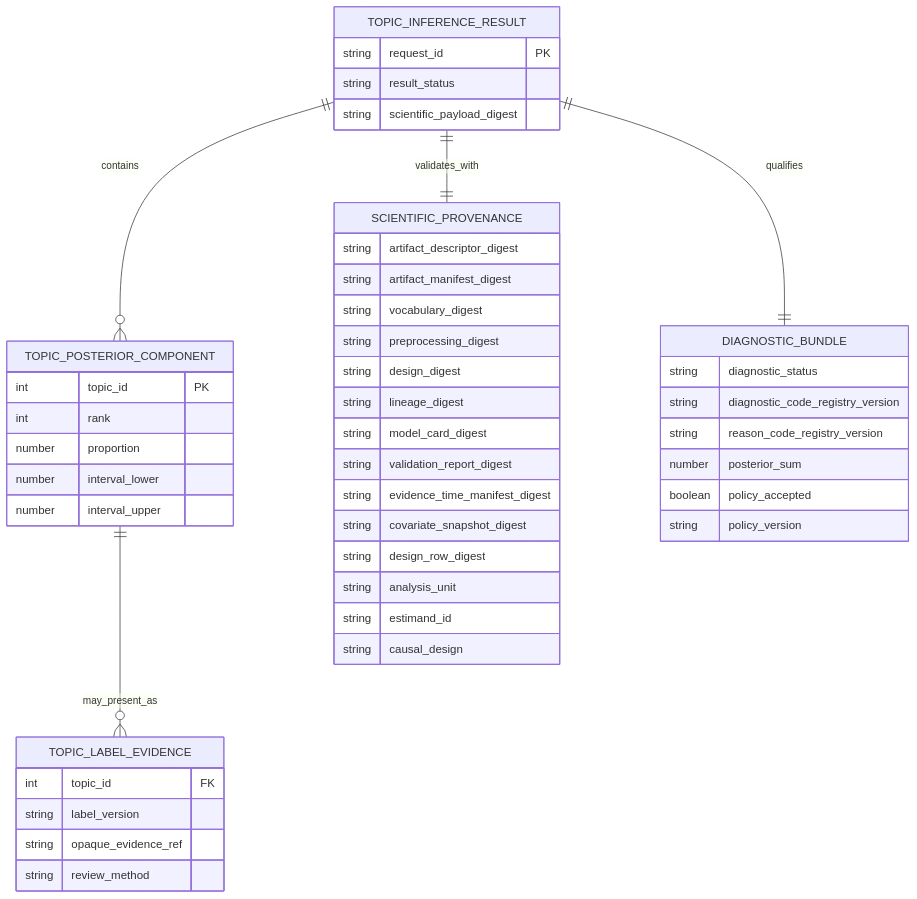
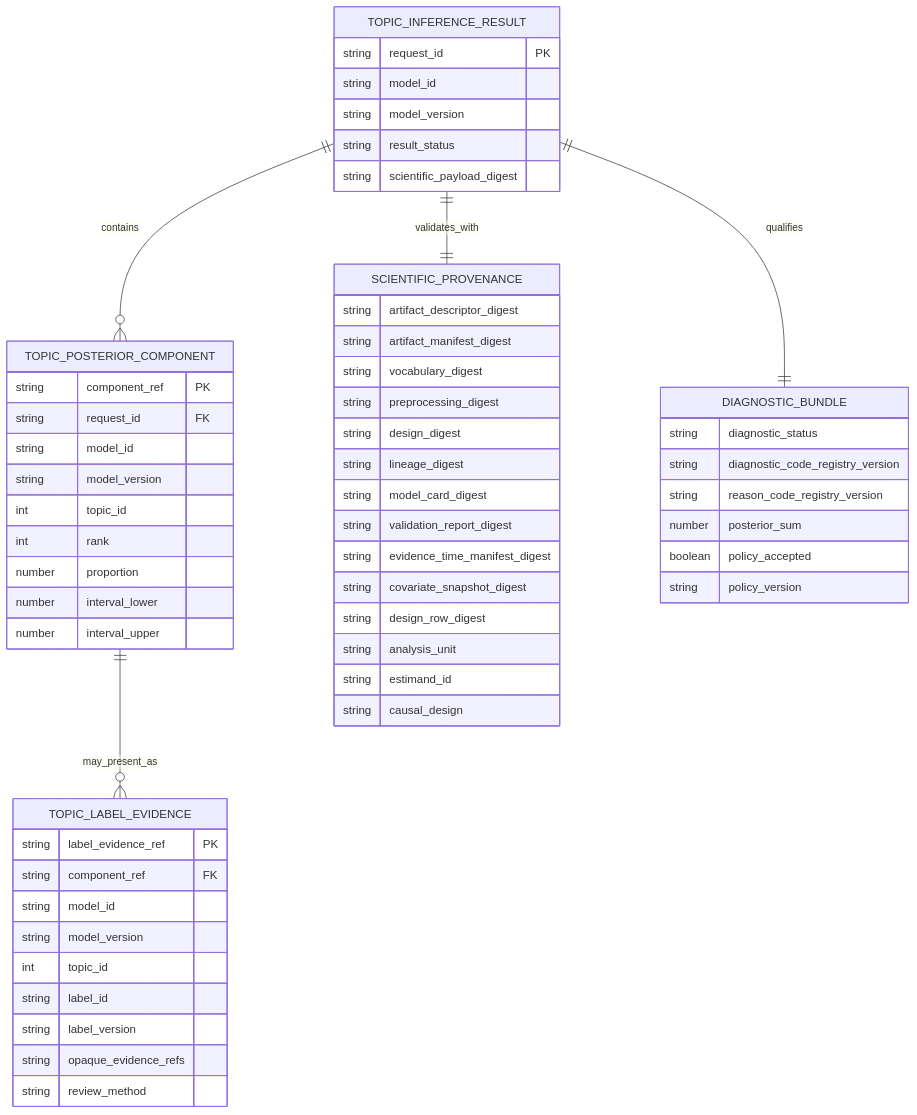
Before and after one commit to ContextualWisdomLab/naruon: the second of 3 diagrams in docs/topic-intelligence/DATA_MODEL.md, drawn with Mermaid. The commit also changed other lines of this file and 5 other files, not shown here.

Commit message:
fix(docs): tighten topic contract evidence

````diff
--- a/docs/topic-intelligence/DATA_MODEL.md
+++ b/docs/topic-intelligence/DATA_MODEL.md
@@ -80,50 +89,61 @@
 ```mermaid
 erDiagram
     TOPIC_INFERENCE_RESULT ||--o{ TOPIC_POSTERIOR_COMPONENT : contains
     TOPIC_INFERENCE_RESULT ||--|| SCIENTIFIC_PROVENANCE : validates_with
     TOPIC_INFERENCE_RESULT ||--|| DIAGNOSTIC_BUNDLE : qualifies
     TOPIC_POSTERIOR_COMPONENT ||--o{ TOPIC_LABEL_EVIDENCE : may_present_as
 
     TOPIC_INFERENCE_RESULT {
         string request_id PK
+        string model_id
+        string model_version
         string result_status
         string scientific_payload_digest
     }
     TOPIC_POSTERIOR_COMPONENT {
-        int topic_id PK
+        string component_ref PK
+        string request_id FK
+        string model_id
+        string model_version
+        int topic_id
         int rank
         number proportion
         number interval_lower
         number interval_upper
     }
     SCIENTIFIC_PROVENANCE {
         string artifact_descriptor_digest
         string artifact_manifest_digest
         string vocabulary_digest
         string preprocessing_digest
         string design_digest
         string lineage_digest
         string model_card_digest
         string validation_report_digest
         string evidence_time_manifest_digest
         string covariate_snapshot_digest
         string design_row_digest
         string analysis_unit
         string estimand_id
         string causal_design
     }
     DIAGNOSTIC_BUNDLE {
         string diagnostic_status
         string diagnostic_code_registry_version
         string reason_code_registry_version
         number posterior_sum
         boolean policy_accepted
         string policy_version
     }
     TOPIC_LABEL_EVIDENCE {
-        int topic_id FK
+        string label_evidence_ref PK
+        string component_ref FK
+        string model_id
+        string model_version
+        int topic_id
+        string label_id
         string label_version
-        string opaque_evidence_ref
+        string opaque_evidence_refs
         string review_method
     }
 ```
````
